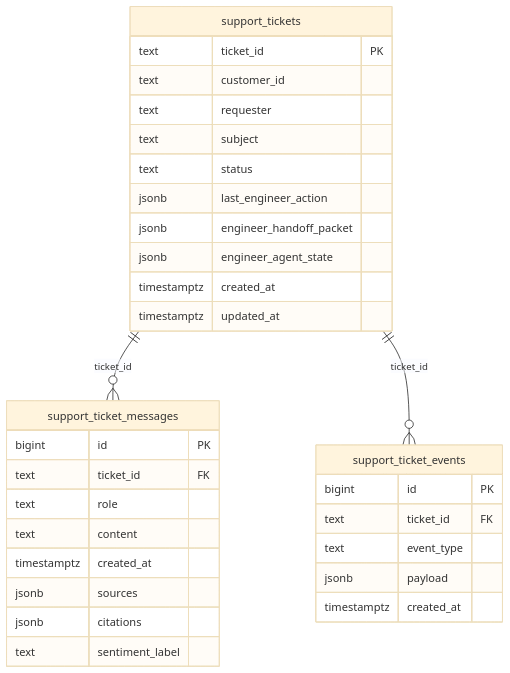
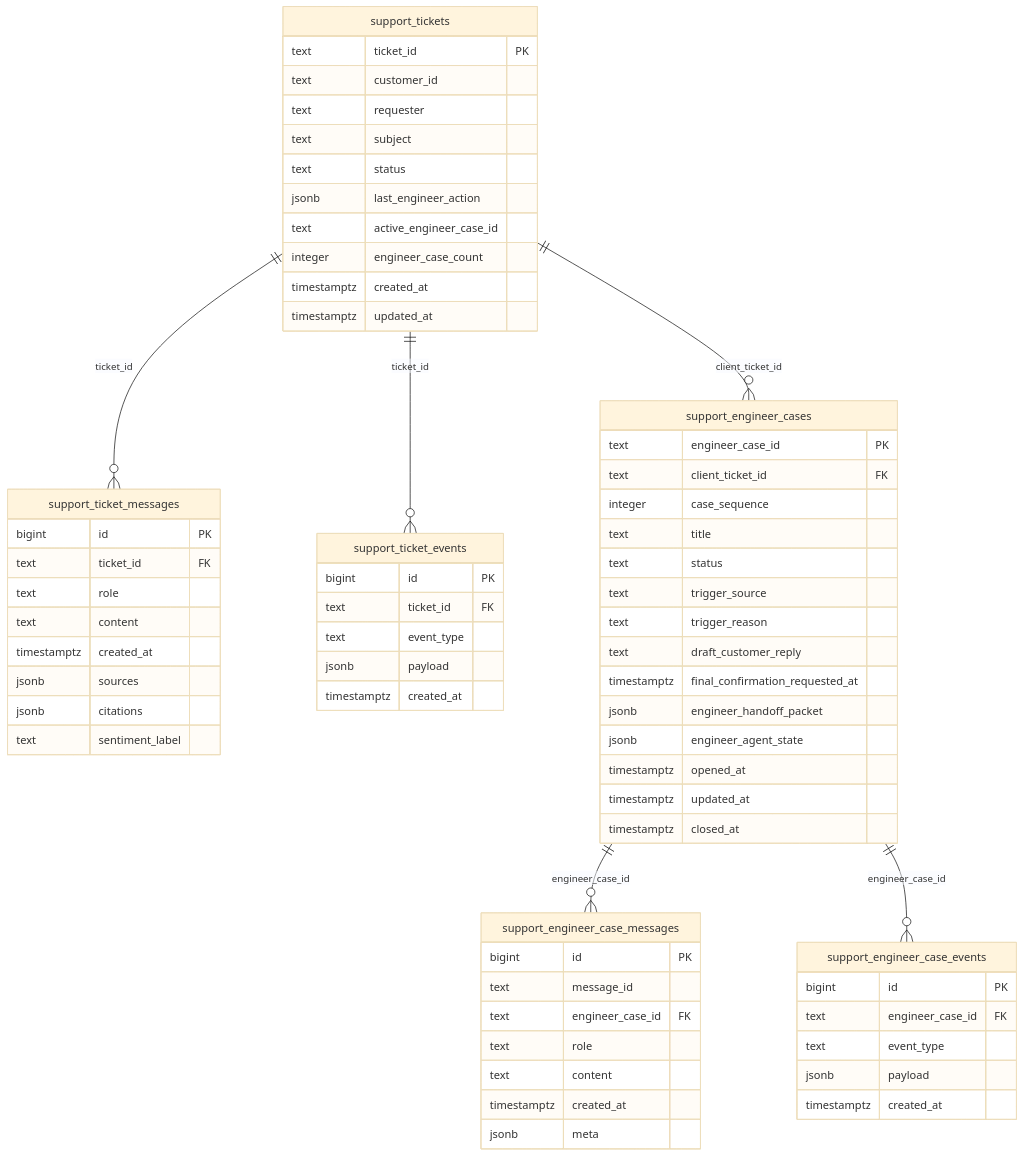
One commit to ZilingXie/SupportPortal changed the diagram in docs/ticket_db_architecture.md. Above: the diagram before and after it, drawn with Mermaid (base theme). The commit also changed other lines of this file and 18 other files, not shown here.

Commit message:
Split client tickets and engineer cases (#80)

````diff
--- a/docs/ticket_db_architecture.md
+++ b/docs/ticket_db_architecture.md
@@ -3,37 +3,75 @@
 ```mermaid
 erDiagram
     support_tickets ||--o{ support_ticket_messages : "ticket_id"
     support_tickets ||--o{ support_ticket_events : "ticket_id"
+    support_tickets ||--o{ support_engineer_cases : "client_ticket_id"
+    support_engineer_cases ||--o{ support_engineer_case_messages : "engineer_case_id"
+    support_engineer_cases ||--o{ support_engineer_case_events : "engineer_case_id"
 
     support_tickets {
         text ticket_id PK
         text customer_id
         text requester
         text subject
         text status
         jsonb last_engineer_action
-        jsonb engineer_handoff_packet
-        jsonb engineer_agent_state
+        text active_engineer_case_id
+        integer engineer_case_count
         timestamptz created_at
         timestamptz updated_at
     }
 
     support_ticket_messages {
         bigint id PK
         text ticket_id FK
         text role
         text content
         timestamptz created_at
         jsonb sources
         jsonb citations
         text sentiment_label
     }
 
     support_ticket_events {
         bigint id PK
         text ticket_id FK
         text event_type
         jsonb payload
         timestamptz created_at
     }
+
+    support_engineer_cases {
+        text engineer_case_id PK
+        text client_ticket_id FK
+        integer case_sequence
+        text title
+        text status
+        text trigger_source
+        text trigger_reason
+        text draft_customer_reply
+        timestamptz final_confirmation_requested_at
+        jsonb engineer_handoff_packet
+        jsonb engineer_agent_state
+        timestamptz opened_at
+        timestamptz updated_at
+        timestamptz closed_at
+    }
+
+    support_engineer_case_messages {
+        bigint id PK
+        text message_id
+        text engineer_case_id FK
+        text role
+        text content
+        timestamptz created_at
+        jsonb meta
+    }
+
+    support_engineer_case_events {
+        bigint id PK
+        text engineer_case_id FK
+        text event_type
+        jsonb payload
+        timestamptz created_at
+    }
 ```
````
